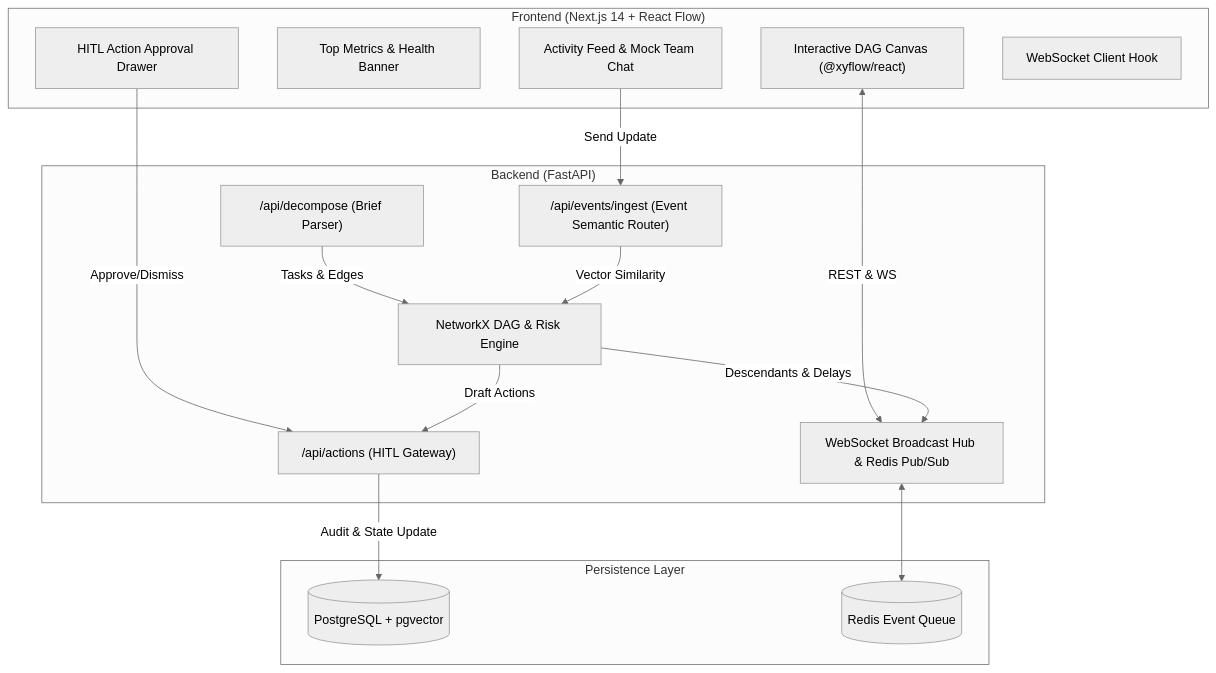
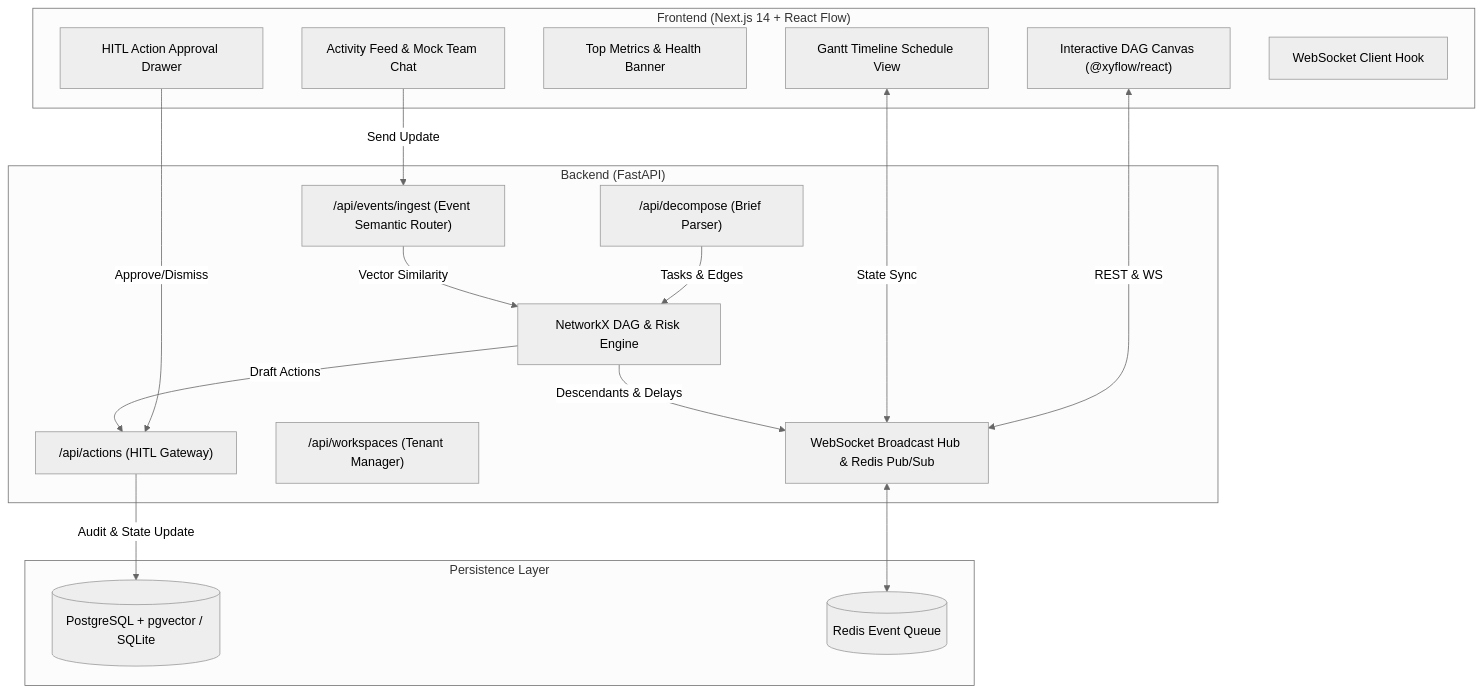
One commit to bishalsarkar246800-spec/ai-operating-system-for-teams changed the diagram in README.md. Above: the diagram before and after it, drawn with Mermaid (neutral theme). The commit also changed other lines of this file and 3 other files, not shown here.

````diff
--- a/README.md
+++ b/README.md
@@ -16,33 +111,36 @@
 ```mermaid
 flowchart TD
     subgraph Client ["Frontend (Next.js 14 + React Flow)"]
         Canvas["Interactive DAG Canvas (@xyflow/react)"]
+        Timeline["Gantt Timeline Schedule View"]
         Metrics["Top Metrics & Health Banner"]
         Activity["Activity Feed & Mock Team Chat"]
         Approval["HITL Action Approval Drawer"]
         WSClient["WebSocket Client Hook"]
     end
 
     subgraph API ["Backend (FastAPI)"]
         Decomp["/api/decompose (Brief Parser)"]
         Ingest["/api/events/ingest (Event Semantic Router)"]
         Actions["/api/actions (HITL Gateway)"]
+        Workspaces["/api/workspaces (Tenant Manager)"]
         WSHub["WebSocket Broadcast Hub & Redis Pub/Sub"]
         GraphEngine["NetworkX DAG & Risk Engine"]
     end
 
     subgraph Storage ["Persistence Layer"]
-        PG[("PostgreSQL + pgvector")]
+        PG[("PostgreSQL + pgvector / SQLite")]
         Redis[("Redis Event Queue")]
     end
 
     Canvas <-->|REST & WS| WSHub
+    Timeline <-->|State Sync| WSHub
     Activity -->|Send Update| Ingest
     Approval -->|Approve/Dismiss| Actions
     Decomp -->|Tasks & Edges| GraphEngine
     Ingest -->|Vector Similarity| GraphEngine
     GraphEngine -->|Descendants & Delays| WSHub
     GraphEngine -->|Draft Actions| Actions
     Actions -->|Audit & State Update| PG
     WSHub <--> Redis
 ```
````
